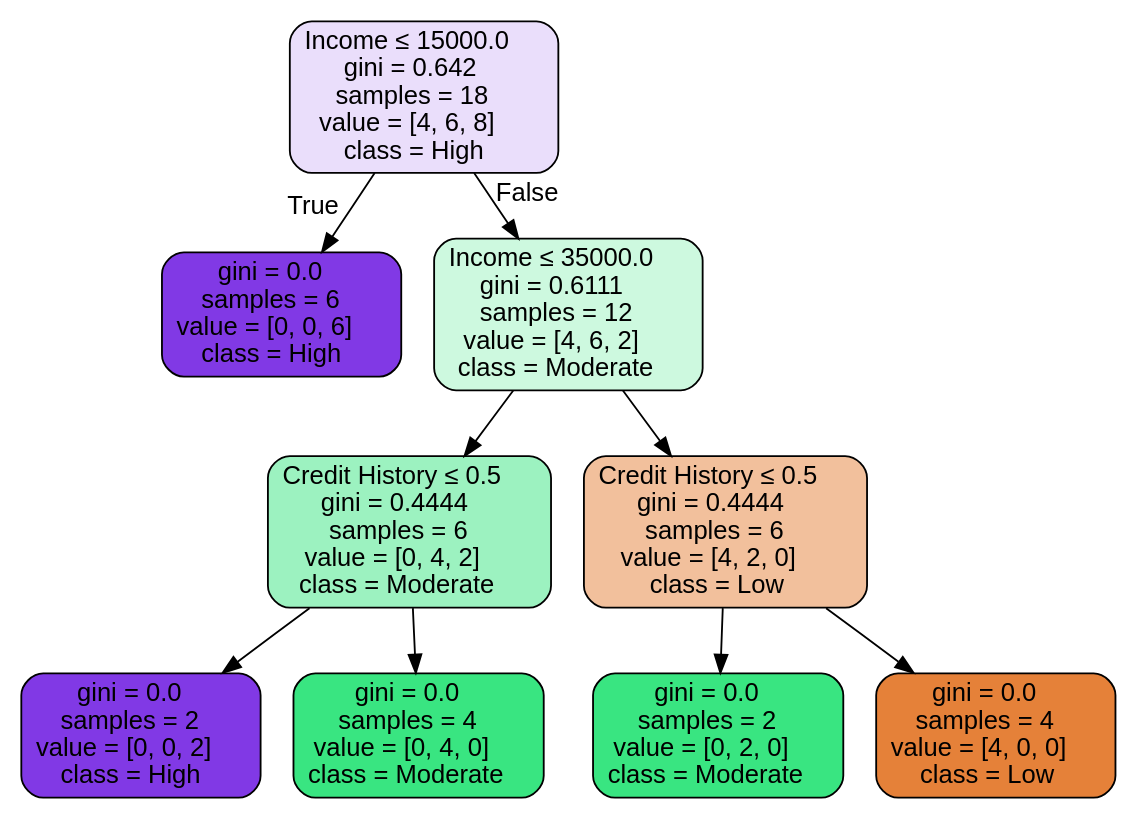
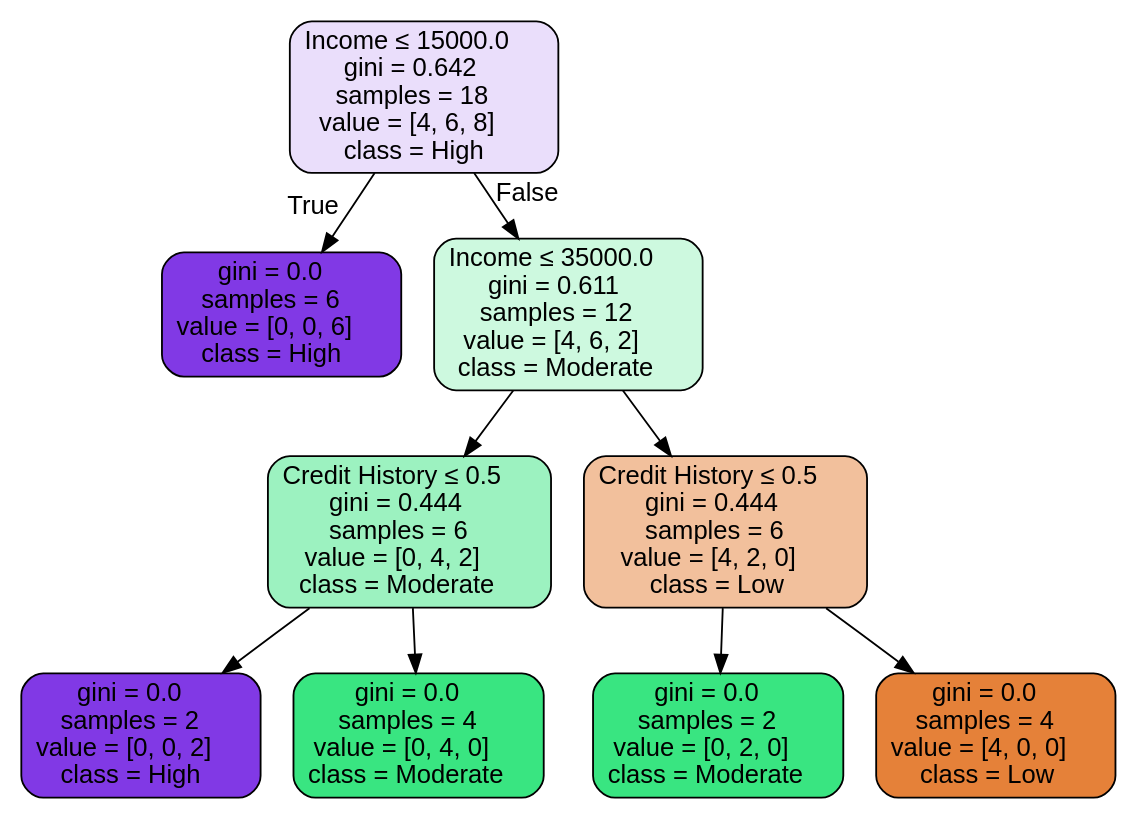
The diagram in tree.dot (amitkaps/applied-machine-learning), drawn with Graphviz before and after one commit. The commit also changed 20 other files, not shown here.

```diff
--- a/tree.dot
+++ b/tree.dot
@@ -1,21 +1,21 @@
 digraph Tree {
 node [shape=box, style="filled, rounded", color="black", fontname=helvetica] ;
 edge [fontname=helvetica] ;
 0 [label=<Income &le; 15000.0<br/>gini = 0.642<br/>samples = 18<br/>value = [4, 6, 8]<br/>class = High>, fillcolor="#8139e52a"] ;
 1 [label=<gini = 0.0<br/>samples = 6<br/>value = [0, 0, 6]<br/>class = High>, fillcolor="#8139e5ff"] ;
 0 -> 1 [labeldistance=2.5, labelangle=45, headlabel="True"] ;
-2 [label=<Income &le; 35000.0<br/>gini = 0.6111<br/>samples = 12<br/>value = [4, 6, 2]<br/>class = Moderate>, fillcolor="#39e58140"] ;
+2 [label=<Income &le; 35000.0<br/>gini = 0.611<br/>samples = 12<br/>value = [4, 6, 2]<br/>class = Moderate>, fillcolor="#39e58140"] ;
 0 -> 2 [labeldistance=2.5, labelangle=-45, headlabel="False"] ;
-3 [label=<Credit History &le; 0.5<br/>gini = 0.4444<br/>samples = 6<br/>value = [0, 4, 2]<br/>class = Moderate>, fillcolor="#39e5817f"] ;
+3 [label=<Credit History &le; 0.5<br/>gini = 0.444<br/>samples = 6<br/>value = [0, 4, 2]<br/>class = Moderate>, fillcolor="#39e5817f"] ;
 2 -> 3 ;
 4 [label=<gini = 0.0<br/>samples = 2<br/>value = [0, 0, 2]<br/>class = High>, fillcolor="#8139e5ff"] ;
 3 -> 4 ;
 5 [label=<gini = 0.0<br/>samples = 4<br/>value = [0, 4, 0]<br/>class = Moderate>, fillcolor="#39e581ff"] ;
 3 -> 5 ;
-6 [label=<Credit History &le; 0.5<br/>gini = 0.4444<br/>samples = 6<br/>value = [4, 2, 0]<br/>class = Low>, fillcolor="#e581397f"] ;
+6 [label=<Credit History &le; 0.5<br/>gini = 0.444<br/>samples = 6<br/>value = [4, 2, 0]<br/>class = Low>, fillcolor="#e581397f"] ;
 2 -> 6 ;
 7 [label=<gini = 0.0<br/>samples = 2<br/>value = [0, 2, 0]<br/>class = Moderate>, fillcolor="#39e581ff"] ;
 6 -> 7 ;
 8 [label=<gini = 0.0<br/>samples = 4<br/>value = [4, 0, 0]<br/>class = Low>, fillcolor="#e58139ff"] ;
 6 -> 8 ;
 }
```
